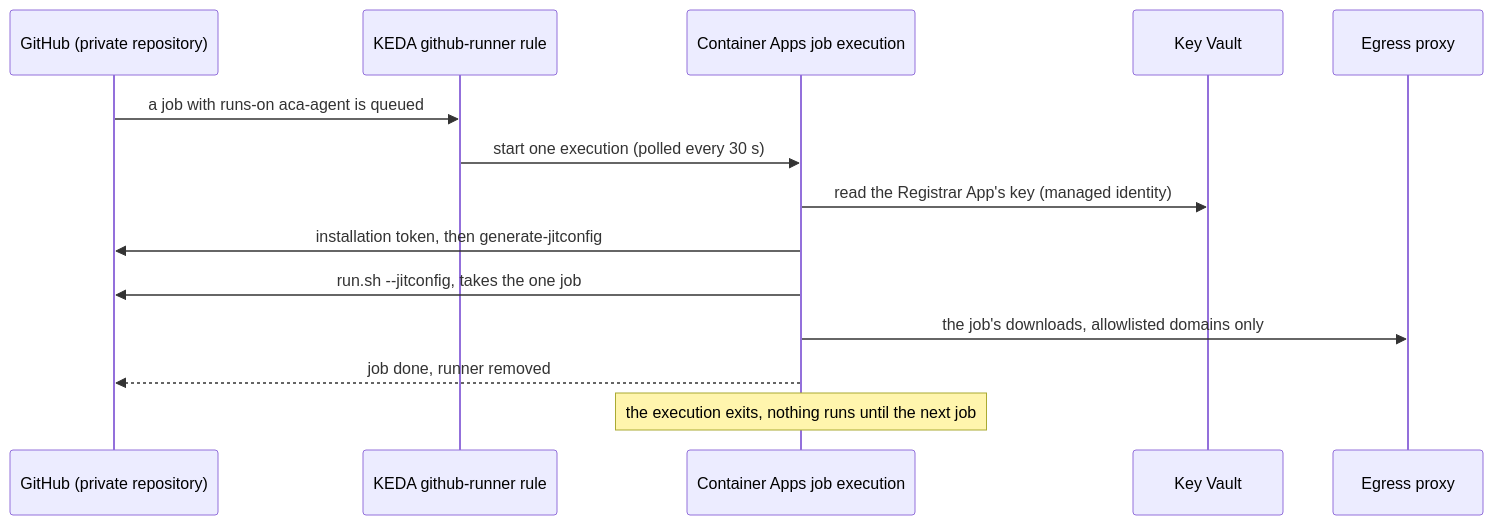
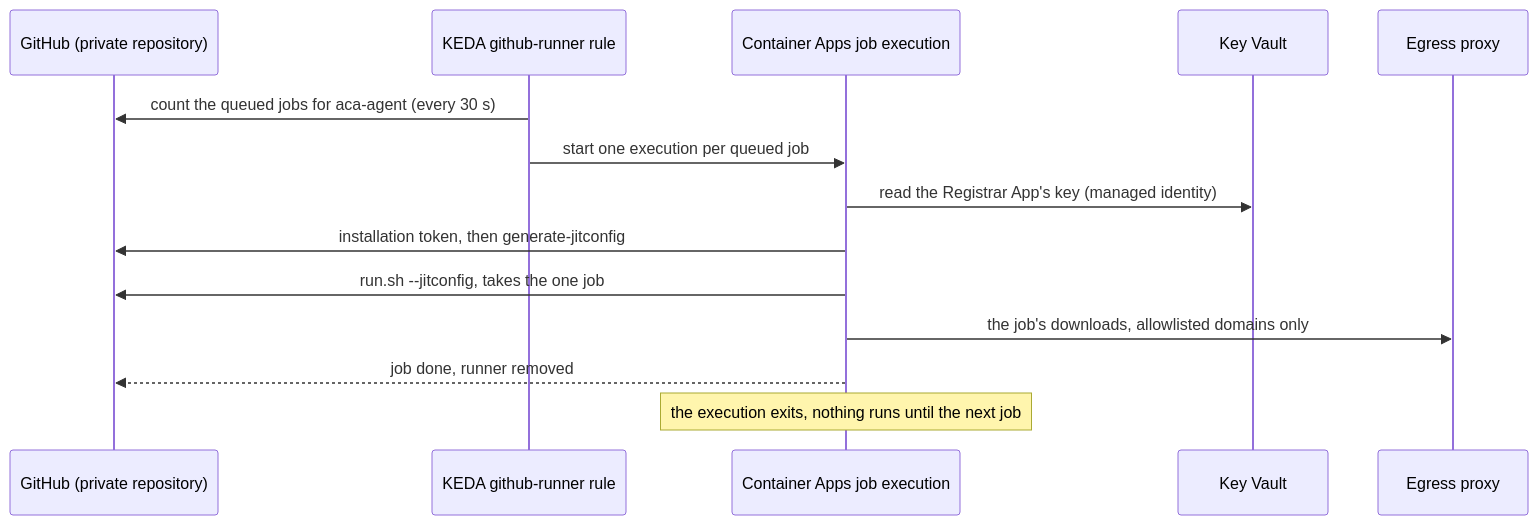
One commit to ikhemissi/github-runners-on-container-apps changed the diagram in README.md. Above: the diagram before and after it, drawn with Mermaid. The commit also changed other lines of this file and 1 other file, not shown here.

Commit message:
docs: the overview's arrows and the sequence diagram show who calls whom
KEDA polls GitHub and the execution pulls the image from the registry: the
arrows go from the caller, as in the README's sequence diagram, which now
starts with the scaler counting the queued jobs.

````diff
--- a/README.md
+++ b/README.md
@@ -42,16 +42,16 @@
 ```mermaid
 sequenceDiagram
     participant GH as GitHub (private repository)
     participant K as KEDA github-runner rule
     participant J as Container Apps job execution
     participant KV as Key Vault
     participant P as Egress proxy
-    GH->>K: a job with runs-on aca-agent is queued
-    K->>J: start one execution (polled every 30 s)
+    K->>GH: count the queued jobs for aca-agent (every 30 s)
+    K->>J: start one execution per queued job
     J->>KV: read the Registrar App's key (managed identity)
     J->>GH: installation token, then generate-jitconfig
     J->>GH: run.sh --jitconfig, takes the one job
     J->>P: the job's downloads, allowlisted domains only
     J-->>GH: job done, runner removed
     Note over J: the execution exits, nothing runs until the next job
 ```
````
